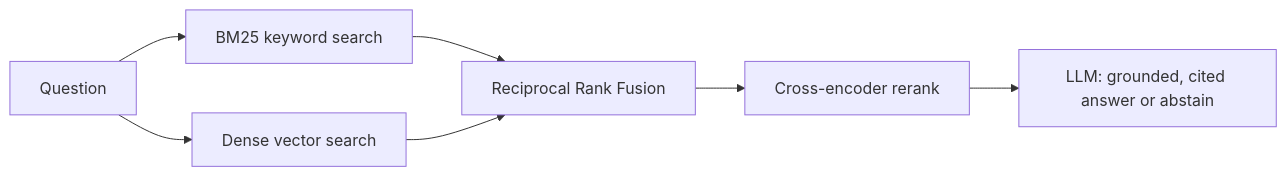
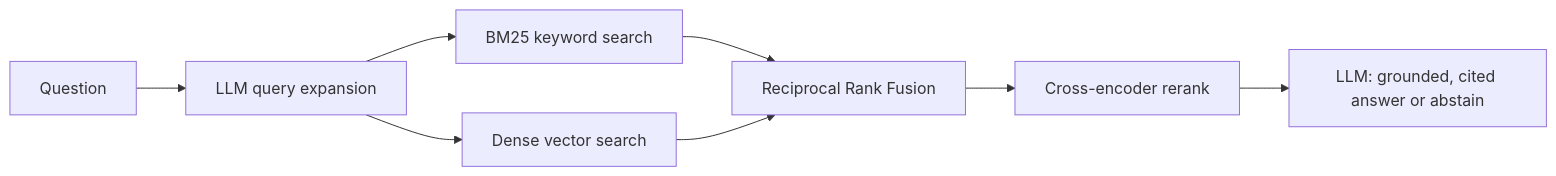
The diagram in README.md (Mj-myhub/findoc-rag), drawn with Mermaid before and after one commit. The commit also changed other lines of this file, not shown here.

Commit message:
docs: update README to v0.5.0 (table-aware extraction + query expansion, Recall@10 38.6%)

````diff
--- a/README.md
+++ b/README.md
@@ -19,9 +19,10 @@
 ```mermaid
 flowchart LR
-    Q[Question] --> B[BM25 keyword search]
-    Q --> D[Dense vector search]
+    Q[Question] --> E[LLM query expansion]
+    E --> B[BM25 keyword search]
+    E --> D[Dense vector search]
     B --> F[Reciprocal Rank Fusion]
     D --> F
     F --> R[Cross-encoder rerank]
     R --> L[LLM: grounded, cited answer or abstain]
 ```
````
